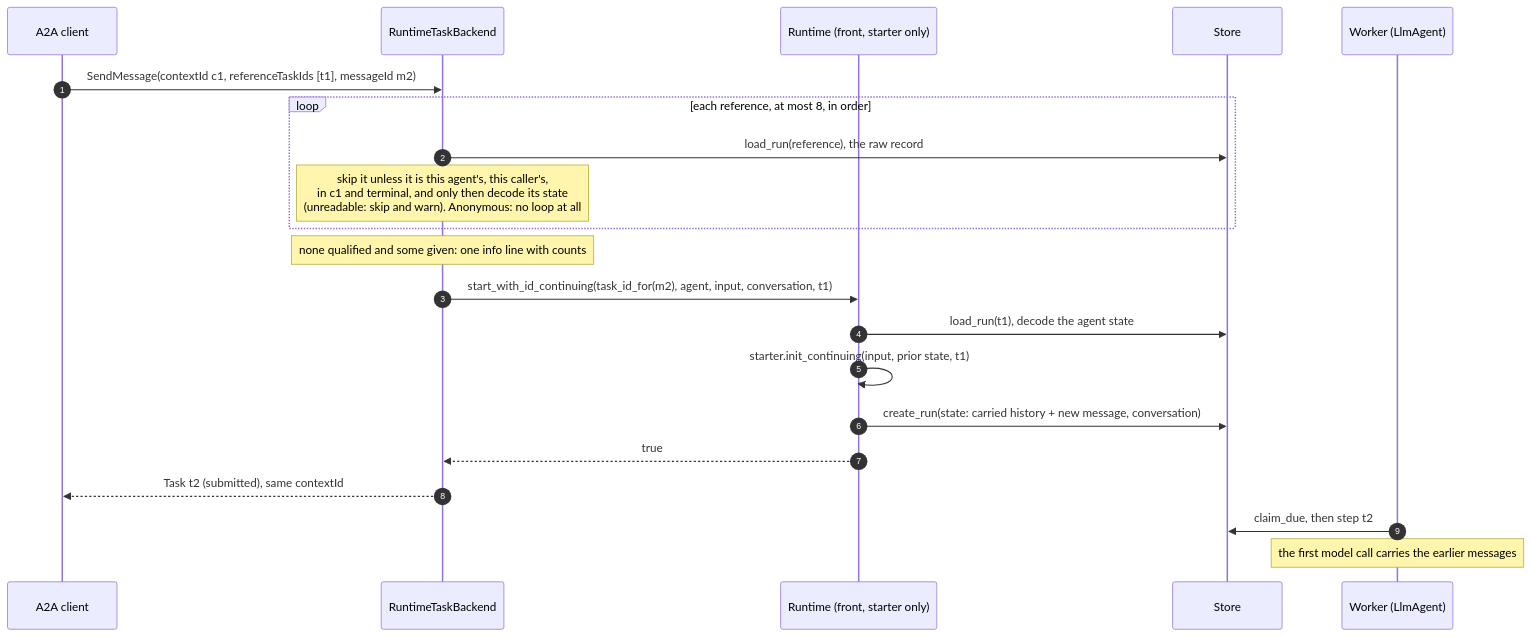
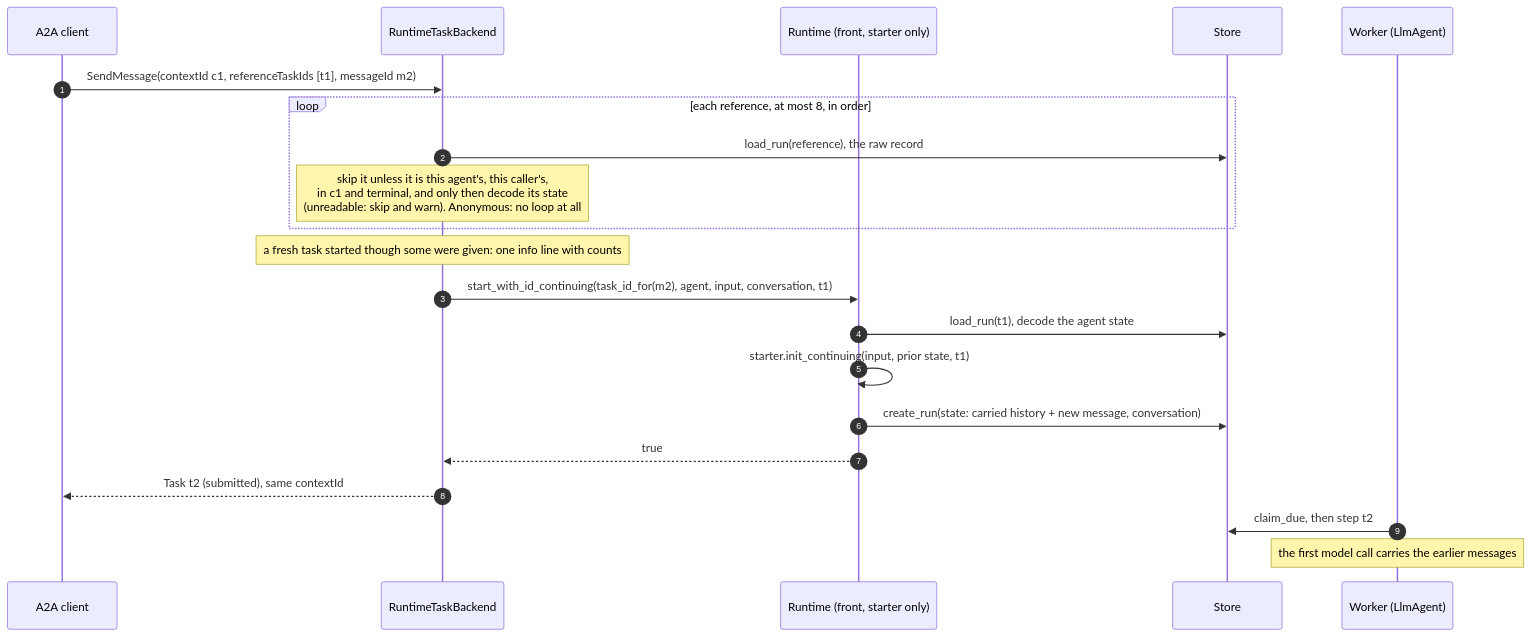
The first of 4 diagrams in docs/decisions/0003-a-new-task-continues-the-task-it-references.md (vymalo/another-adam-rs), drawn with Mermaid before and after one commit. The commit also changed other lines of this file and 4 other files, not shown here.

````diff
--- a/docs/decisions/0003-a-new-task-continues-the-task-it-references.md
+++ b/docs/decisions/0003-a-new-task-continues-the-task-it-references.md
@@ -177,24 +184,24 @@
 ```mermaid
 sequenceDiagram
     autonumber
     participant C as A2A client
     participant B as RuntimeTaskBackend
     participant R as Runtime (front, starter only)
     participant DB as Store
     participant W as Worker (LlmAgent)
 
     C->>B: SendMessage(contextId c1, referenceTaskIds [t1], messageId m2)
     loop each reference, at most 8, in order
         B->>DB: load_run(reference), the raw record
         Note over B: skip it unless it is this agent's, this caller's,<br/>in c1 and terminal, and only then decode its state<br/>(unreadable: skip and warn). Anonymous: no loop at all
     end
-    Note over B: none qualified and some given: one info line with counts
+    Note over B: a fresh task started though some were given: one info line with counts
     B->>R: start_with_id_continuing(task_id_for(m2), agent, input, conversation, t1)
     R->>DB: load_run(t1), decode the agent state
     R->>R: starter.init_continuing(input, prior state, t1)
     R->>DB: create_run(state: carried history + new message, conversation)
     R-->>B: true
     B-->>C: Task t2 (submitted), same contextId
     W->>DB: claim_due, then step t2
     Note over W: the first model call carries the earlier messages
 ```
````
